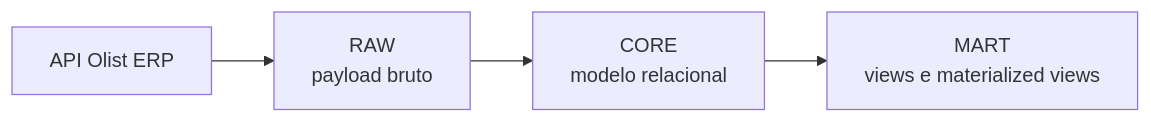
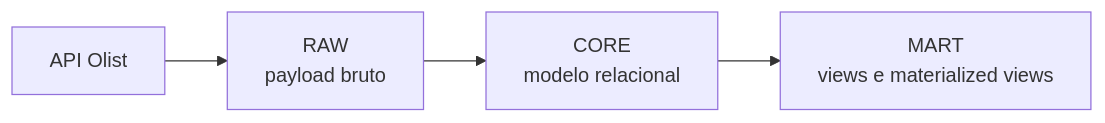
The diagram in docs/olist_mapping_guide_executive.md (tmr6583/Albertina), drawn with Mermaid before and after one commit. The commit also changed other lines of this file and 27 other files, not shown here.

````diff
--- a/docs/olist_mapping_guide_executive.md
+++ b/docs/olist_mapping_guide_executive.md
@@ -25,6 +25,6 @@
 ```mermaid
 flowchart LR
-    A["API Olist ERP"] --> B["RAW<br/>payload bruto"]
+    A["API Olist"] --> B["RAW<br/>payload bruto"]
     B --> C["CORE<br/>modelo relacional"]
     C --> D["MART<br/>views e materialized views"]
 ```
````
